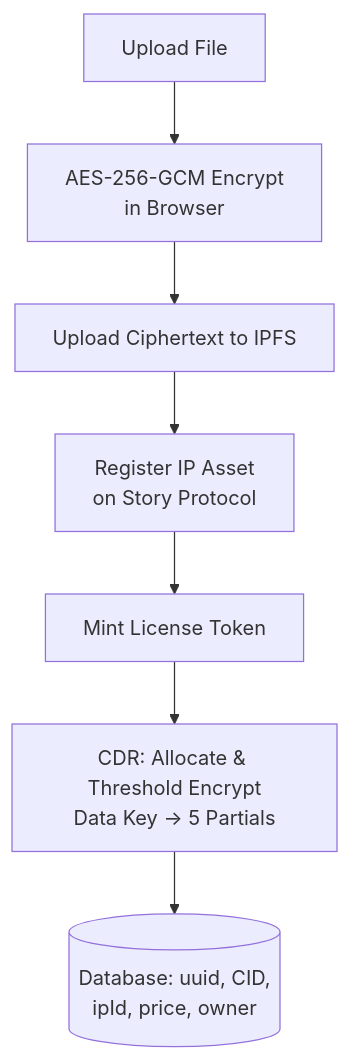
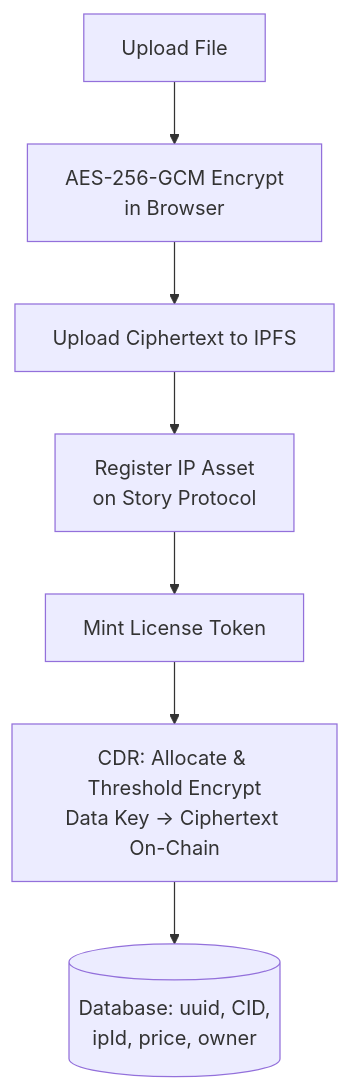
Before and after one commit to Ankhzz/promptvault: the first of 5 diagrams in litepaper.md, drawn with Mermaid. The commit also changed other lines of this file, not shown here.

Commit message:
docs: align litepaper with CDR threshold encryption architecture

````diff
--- a/litepaper.md
+++ b/litepaper.md
@@ -76,9 +76,9 @@
 ```mermaid
 flowchart TD
     A[Upload File] --> B[AES-256-GCM Encrypt<br/>in Browser]
     B --> C[Upload Ciphertext to IPFS]
     C --> D[Register IP Asset<br/>on Story Protocol]
     D --> E[Mint License Token]
-    E --> F[CDR: Allocate & Threshold Encrypt<br/>Data Key → 5 Partials]
+    E --> F[CDR: Allocate & Threshold Encrypt<br/>Data Key → Ciphertext On-Chain]
     F --> G[(Database: uuid, CID,<br/>ipId, price, owner)]
 ```
````
